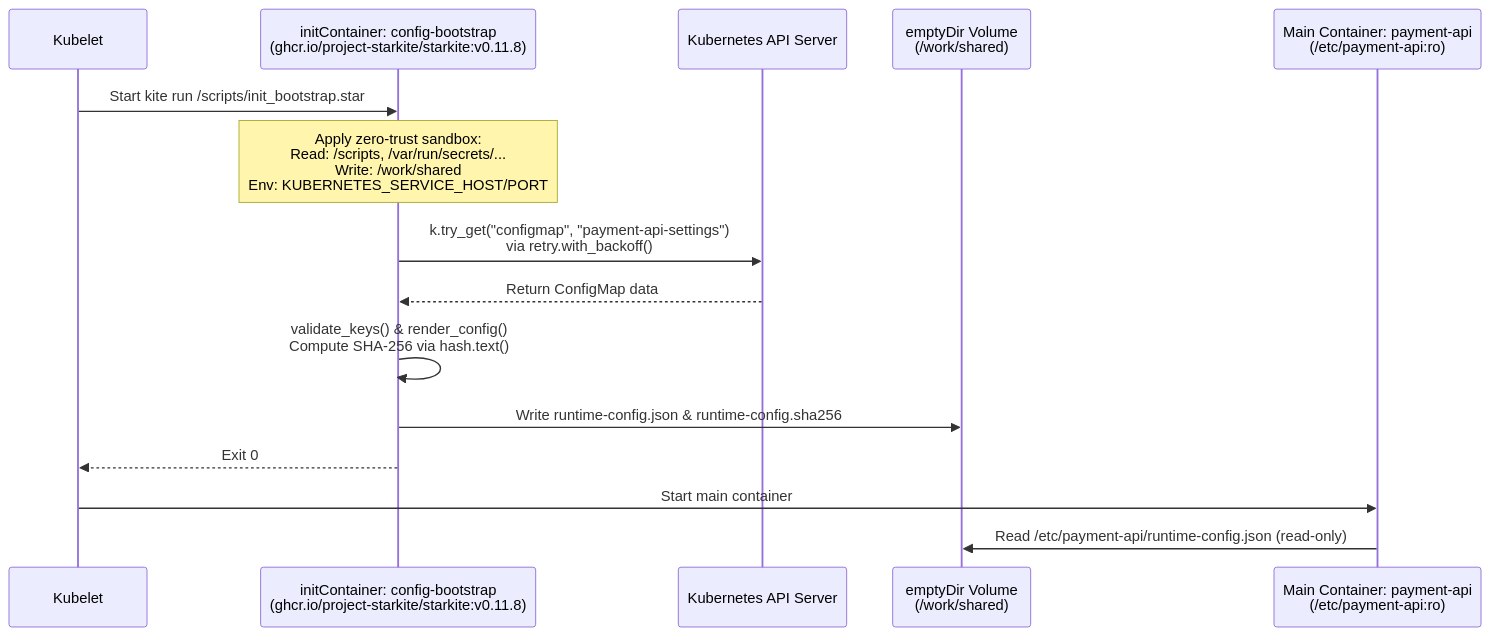
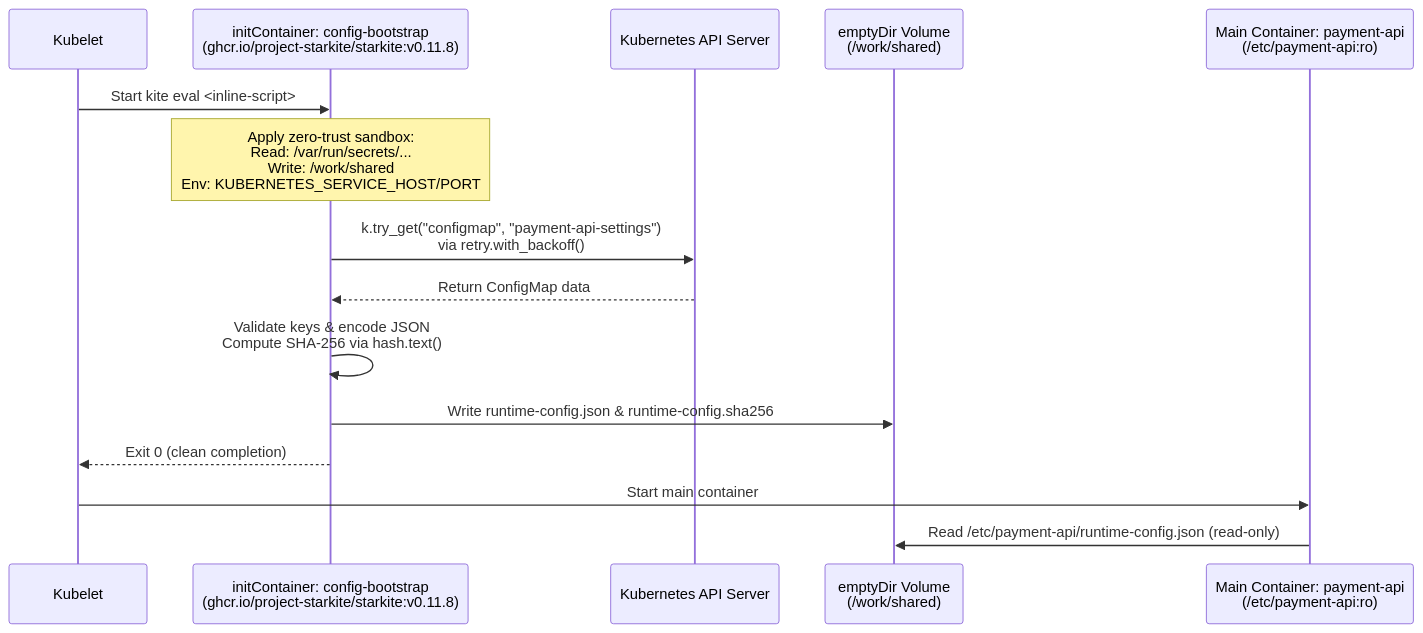
One commit to project-starkite/starkite-tutorials changed the diagram in k8s/init-cluster/README.md. Above: the diagram before and after it, drawn with Mermaid. The commit also changed other lines of this file and 7 other files, not shown here.

First line of the commit message:
refactor(k8s): inline init container bootstrap via kite eval

````diff
--- a/k8s/init-cluster/README.md
+++ b/k8s/init-cluster/README.md
@@ -95,18 +97,18 @@
 ```mermaid
 sequenceDiagram
     participant Kubelet as Kubelet
     participant Init as initContainer: config-bootstrap<br/>(ghcr.io/project-starkite/starkite:v0.11.8)
     participant API as Kubernetes API Server
     participant Vol as emptyDir Volume<br/>(/work/shared)
     participant App as Main Container: payment-api<br/>(/etc/payment-api:ro)
 
-    Kubelet->>Init: Start kite run /scripts/init_bootstrap.star
-    Note over Init: Apply zero-trust sandbox:<br/>Read: /scripts, /var/run/secrets/...<br/>Write: /work/shared<br/>Env: KUBERNETES_SERVICE_HOST/PORT
+    Kubelet->>Init: Start kite eval <inline-script>
+    Note over Init: Apply zero-trust sandbox:<br/>Read: /var/run/secrets/...<br/>Write: /work/shared<br/>Env: KUBERNETES_SERVICE_HOST/PORT
     Init->>API: k.try_get("configmap", "payment-api-settings")<br/>via retry.with_backoff()
     API-->>Init: Return ConfigMap data
-    Init->>Init: validate_keys() & render_config()<br/>Compute SHA-256 via hash.text()
+    Init->>Init: Validate keys & encode JSON<br/>Compute SHA-256 via hash.text()
     Init->>Vol: Write runtime-config.json & runtime-config.sha256
-    Init-->>Kubelet: Exit 0
+    Init-->>Kubelet: Exit 0 (clean completion)
     Kubelet->>App: Start main container
     App->>Vol: Read /etc/payment-api/runtime-config.json (read-only)
 ```
````
